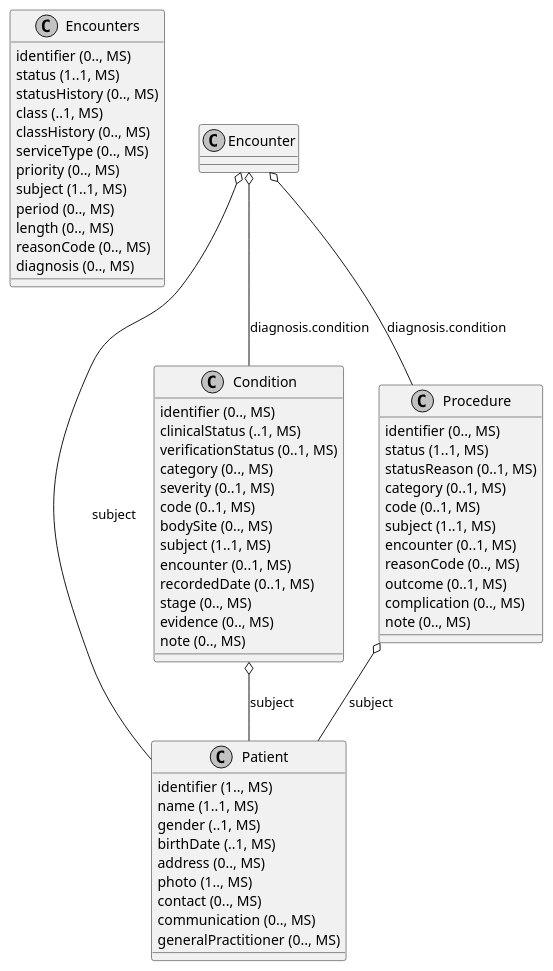
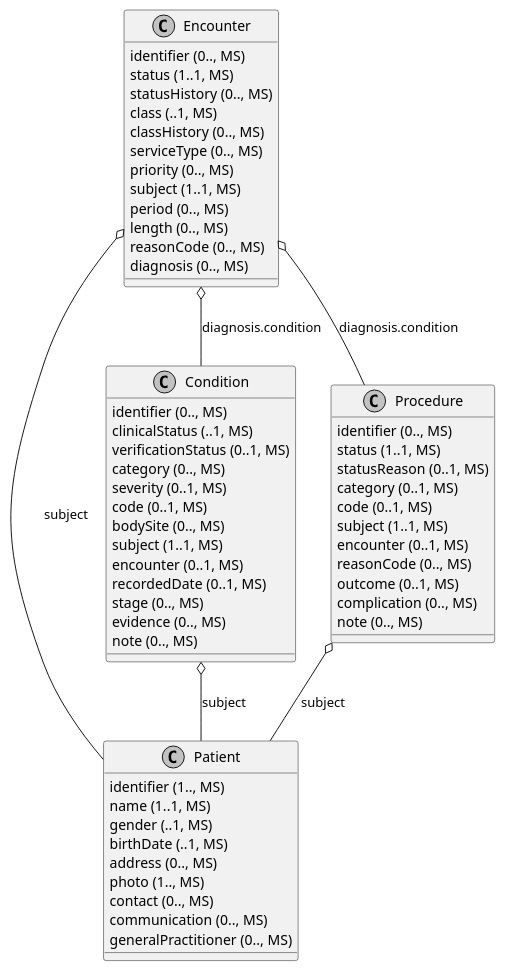
Before and after one commit to gematik/api-ti-messenger: the diagram in src/plantuml/architecture/ClassDiagramm.CaseReference.puml, drawn with PlantUML.

Commit message:
added filename

```diff
--- a/src/plantuml/architecture/ClassDiagramm.CaseReference.puml
+++ b/src/plantuml/architecture/ClassDiagramm.CaseReference.puml
@@ -1,62 +1,62 @@
 @startuml
 skinparam monochrome true
-class Encounters {
+class Encounter {
   {field} identifier (0.., MS)
   {field} status (1..1, MS)
   {field} statusHistory (0.., MS)
   {field} class (..1, MS)
   {field} classHistory (0.., MS)
   {field} serviceType (0.., MS)
   {field} priority (0.., MS)
   {field} subject (1..1, MS)
   {field} period (0.., MS)
   {field} length (0.., MS)
   {field} reasonCode (0.., MS)
   {field} diagnosis (0.., MS)
 }
 class Patient {
   {field} identifier (1.., MS)
   {field} name (1..1, MS)
   {field} gender (..1, MS)
   {field} birthDate (..1, MS)
   {field} address (0.., MS)
   {field} photo (1.., MS)
   {field} contact (0.., MS)
   {field} communication (0.., MS)
   {field} generalPractitioner (0.., MS)
 }
 class Condition {
   {field} identifier (0.., MS)
   {field} clinicalStatus (..1, MS)
   {field} verificationStatus (0..1, MS)
   {field} category (0.., MS)
   {field} severity (0..1, MS)
   {field} code (0..1, MS)
   {field} bodySite (0.., MS)
   {field} subject (1..1, MS)
   {field} encounter (0..1, MS)
   {field} recordedDate (0..1, MS)
   {field} stage (0.., MS)
   {field} evidence (0.., MS)
   {field} note (0.., MS)
 }
 class Procedure {
   {field} identifier (0.., MS)
   {field} status (1..1, MS)
   {field} statusReason (0..1, MS)
   {field} category (0..1, MS)
   {field} code (0..1, MS)
   {field} subject (1..1, MS)
   {field} encounter (0..1, MS)
   {field} reasonCode (0.., MS)
   {field} outcome (0..1, MS)
   {field} complication (0.., MS)
   {field} note (0.., MS)
 }
 
 Encounter o-- Patient: subject
 Encounter o-- Condition: diagnosis.condition
 Encounter o-- Procedure: diagnosis.condition
 Condition o-- Patient: subject
 Procedure o-- Patient: subject
 @enduml
```
